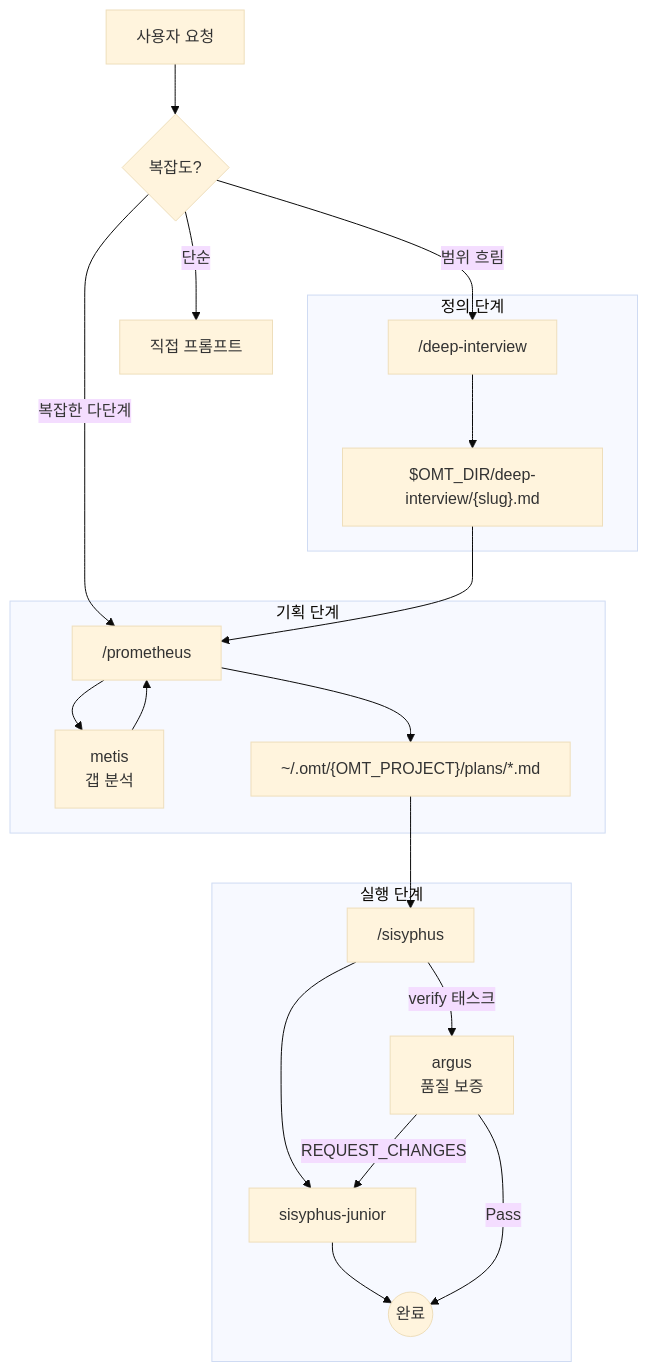
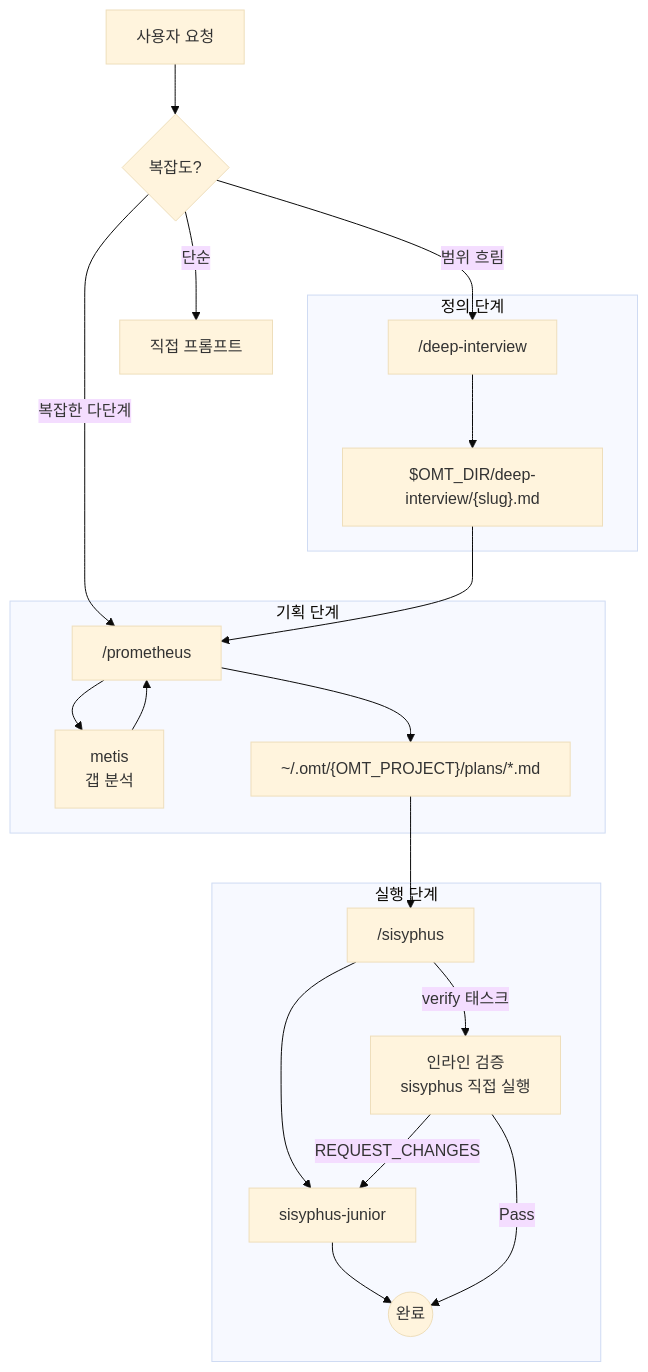
One commit to toongri/oh-my-toong-playground changed the diagram in docs/ORCHESTRATION.md. Above: the diagram before and after it, drawn with Mermaid (base theme). The commit also changed other lines of this file and 33 other files, not shown here.

First line of the commit message:
refactor: argus 전역 삭제 + inline-verify 이관

````diff
--- a/docs/ORCHESTRATION.md
+++ b/docs/ORCHESTRATION.md
@@ -50,28 +50,28 @@
 ```mermaid
 flowchart TD
     User[사용자 요청] --> Decision{복잡도?}
 
     Decision -->|단순| Direct[직접 프롬프트]
     Decision -->|범위 흐림| DeepInterview["/deep-interview"]
     Decision -->|복잡한 다단계| Prometheus
 
     subgraph 정의 단계
         DeepInterview --> SpecFile["$OMT_DIR/deep-interview/{slug}.md"]
     end
 
     subgraph 기획 단계
         SpecFile --> Prometheus["/prometheus"]
         Prometheus --> Metis[metis<br/>갭 분석]
         Metis --> Prometheus
         Prometheus --> PlanFile["~/.omt/{OMT_PROJECT}/plans/*.md"]
     end
 
     subgraph 실행 단계
         PlanFile --> Sisyphus["/sisyphus"]
         Sisyphus --> Junior[sisyphus-junior]
         Junior --> Done((완료))
-        Sisyphus -->|verify 태스크| QA[argus<br/>품질 보증]
+        Sisyphus -->|verify 태스크| QA[인라인 검증<br/>sisyphus 직접 실행]
         QA -->|Pass| Done
         QA -->|REQUEST_CHANGES| Junior
     end
 ```
````
